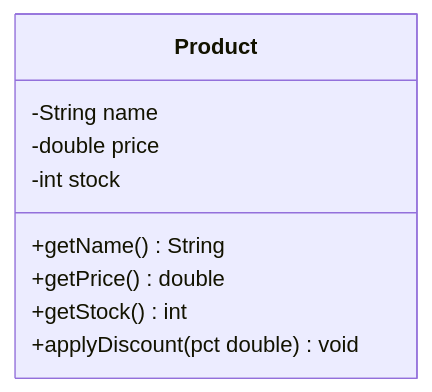
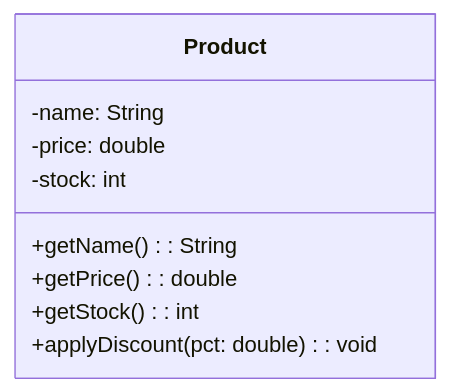
Before and after one commit to ProfesorPermuta/web-cd: the second of 4 diagrams in src/pages/tema-3/c-clases-y-objetos-uml.md, drawn with Mermaid. The commit also changed other lines of this file and 6 other files, not shown here.

First line of the commit message:
Tema 3: guías de Mermaid y ejercicios de diseño sin código

````diff
--- a/src/pages/tema-3/c-clases-y-objetos-uml.md
+++ b/src/pages/tema-3/c-clases-y-objetos-uml.md
@@ -68,12 +91,12 @@
 ```mermaid
 classDiagram
     class Product {
-        -String name
-        -double price
-        -int stock
-        +getName() String
-        +getPrice() double
-        +getStock() int
-        +applyDiscount(pct double) void
+        -name: String
+        -price: double
+        -stock: int
+        +getName(): String
+        +getPrice(): double
+        +getStock(): int
+        +applyDiscount(pct: double): void
     }
 ```
````
